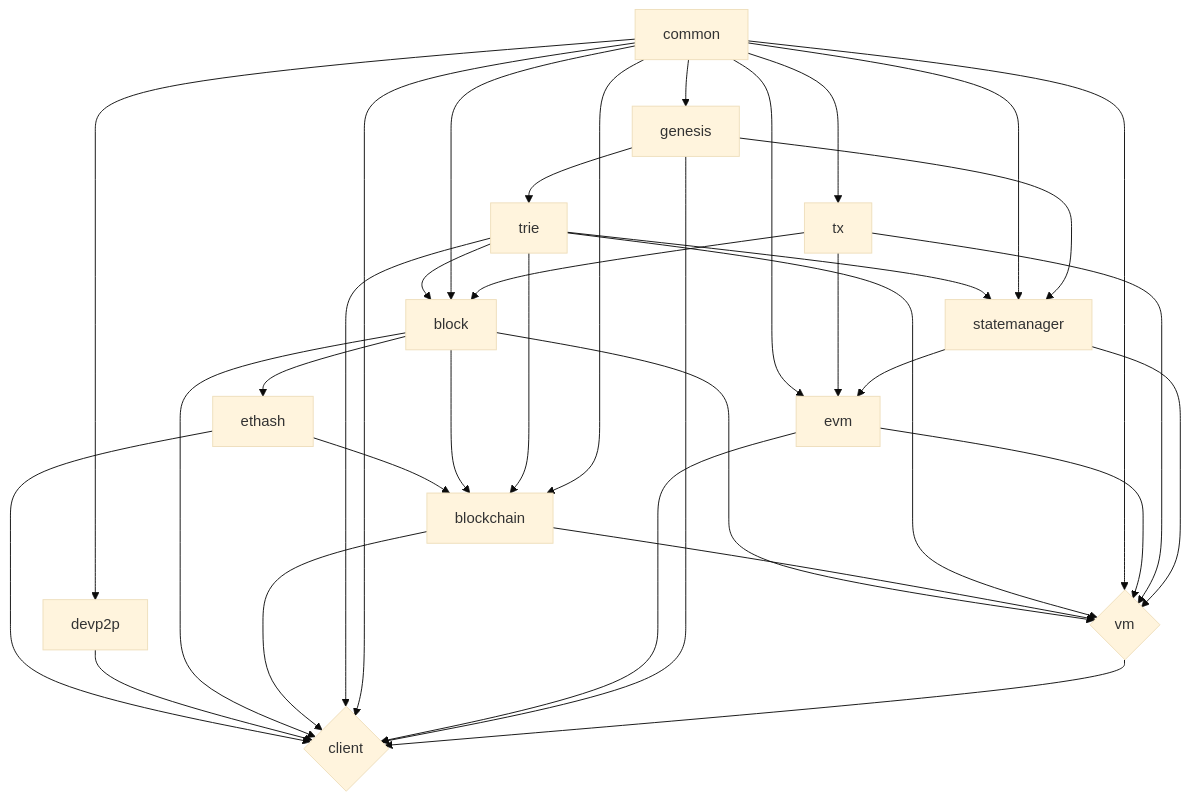
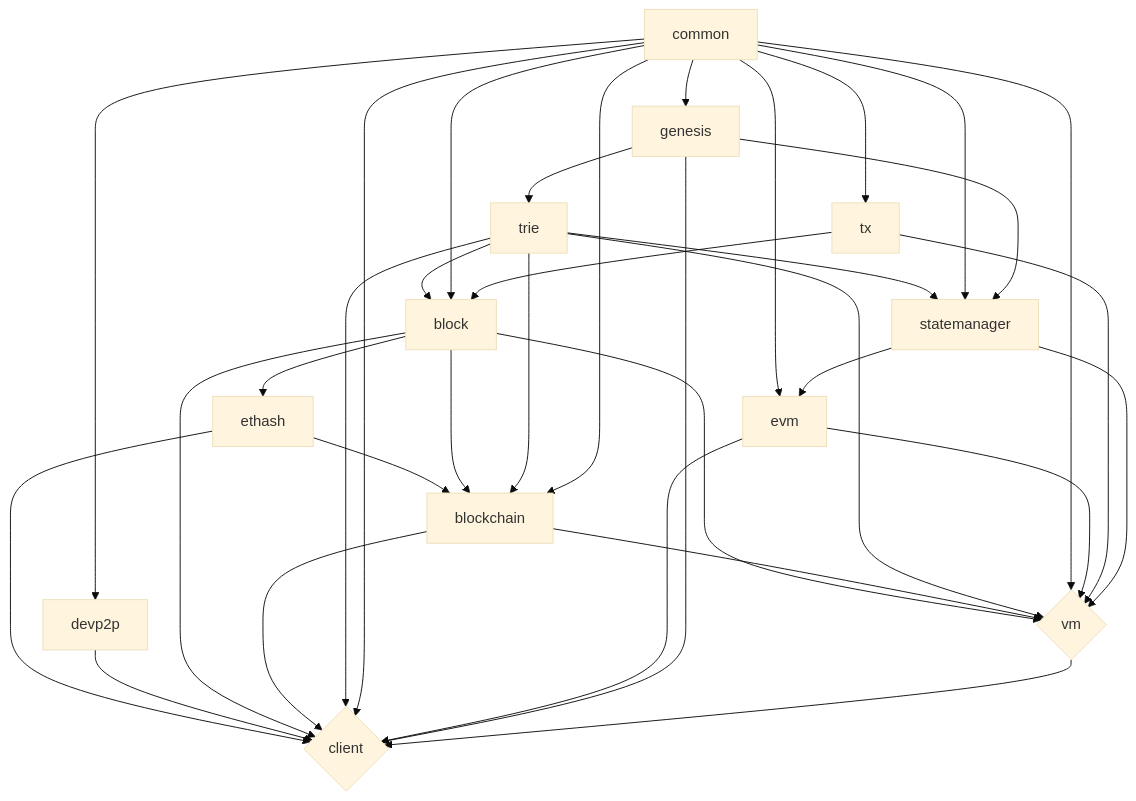
Before and after one commit to ethereumjs/ethereumjs-monorepo: the diagram in README.md, drawn with Mermaid (base theme).

Commit message:
README.md: update dependency graph

````diff
--- a/README.md
+++ b/README.md
@@ -64,39 +64,38 @@
 ```mermaid
  graph TD
    vm{vm}
    client{client}
    ethash --> blockchain
    ethash --> client
    devp2p --> client
    block --> client
    block --> blockchain
    block --> ethash
    block --> vm
    blockchain --> client
    blockchain --> vm
    trie --> client
    trie --> vm
    trie --> blockchain
    trie --> block
    trie --> statemanager
    common --> block
    common --> statemanager
    common --> tx
    common --> blockchain
    common --> vm
    common --> evm
    common --> client
    common --> devp2p
    common --> genesis
    evm --> vm
    evm --> client
    genesis --> client
    genesis --> statemanager
    genesis --> trie
    tx --> block
-   tx --> evm
    tx --> vm
    vm --> client
    statemanager --> evm
    statemanager --> vm
 ```
````
